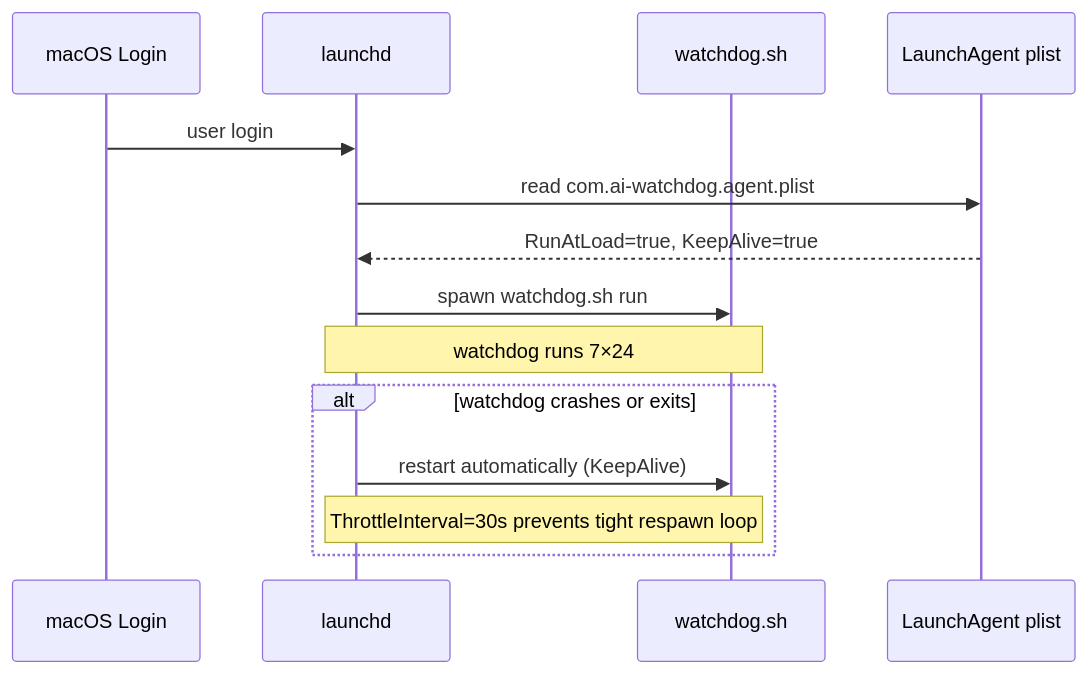
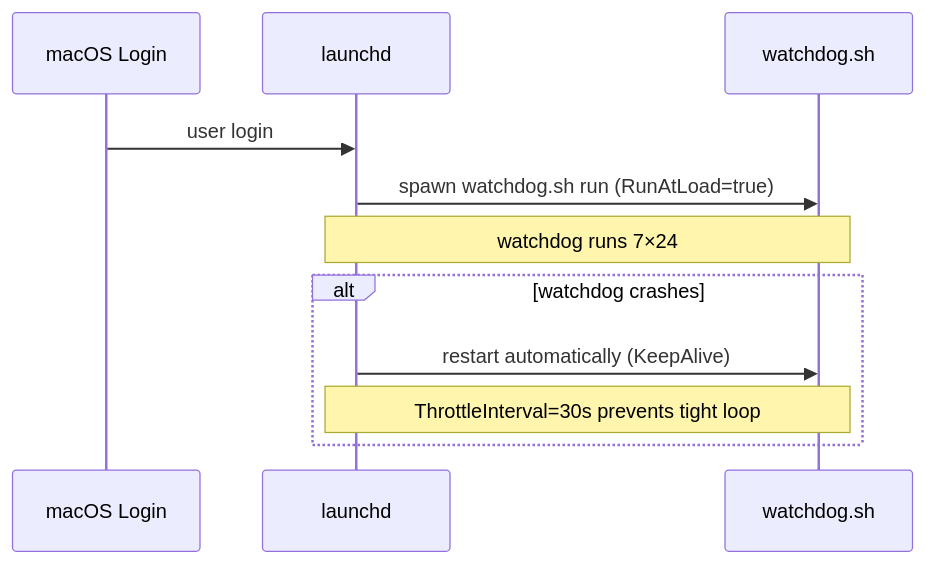
The sixth of 6 diagrams in README.md (bianbiandashen/ai-watchdog), drawn with Mermaid before and after one commit. The commit also changed other lines of this file and 6 other files, not shown here.

````diff
--- a/README.md
+++ b/README.md
@@ -191,20 +207,16 @@
 ```mermaid
 sequenceDiagram
     participant Boot as macOS Login
     participant LD as launchd
     participant WD as watchdog.sh
-    participant PLIST as LaunchAgent plist
 
     Boot->>LD: user login
-    LD->>PLIST: read com.ai-watchdog.agent.plist
-    PLIST-->>LD: RunAtLoad=true, KeepAlive=true
-
-    LD->>WD: spawn watchdog.sh run
+    LD->>WD: spawn watchdog.sh run (RunAtLoad=true)
 
     Note over LD,WD: watchdog runs 7×24
 
-    alt watchdog crashes or exits
+    alt watchdog crashes
         LD->>WD: restart automatically (KeepAlive)
-        Note over LD,WD: ThrottleInterval=30s prevents tight respawn loop
+        Note over LD,WD: ThrottleInterval=30s prevents tight loop
     end
 ```
````
